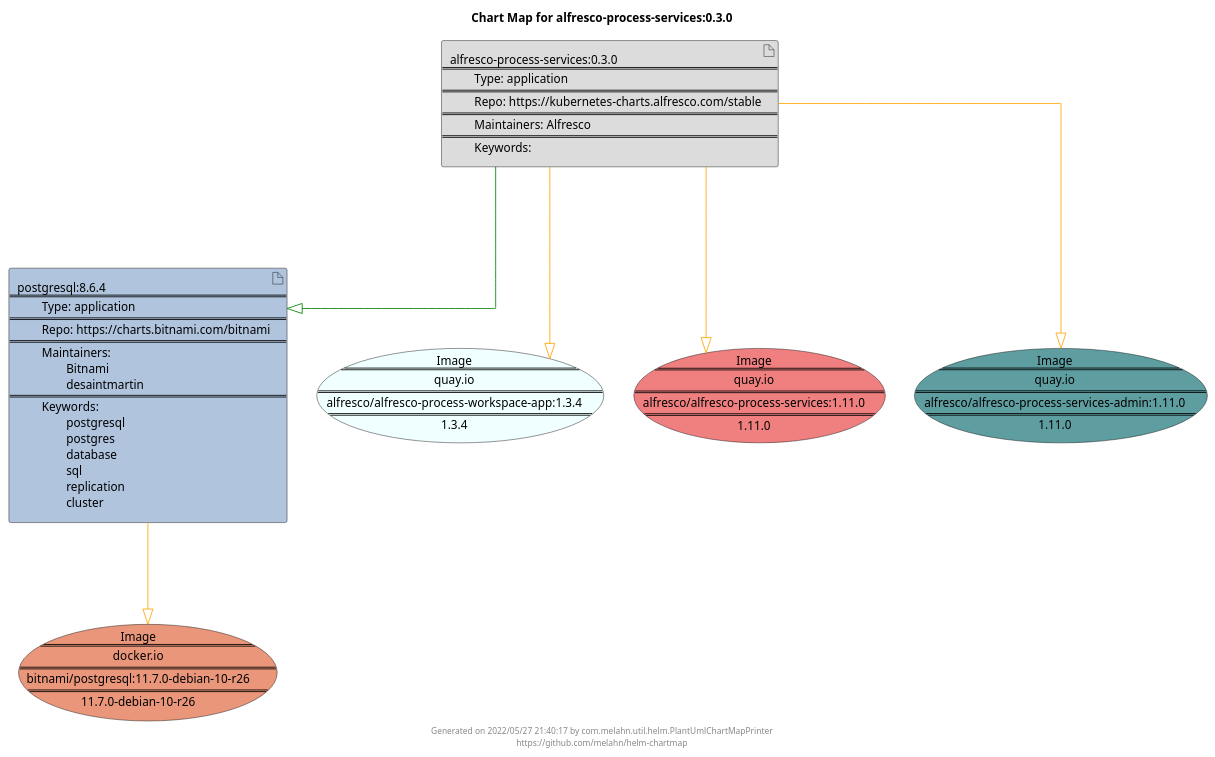
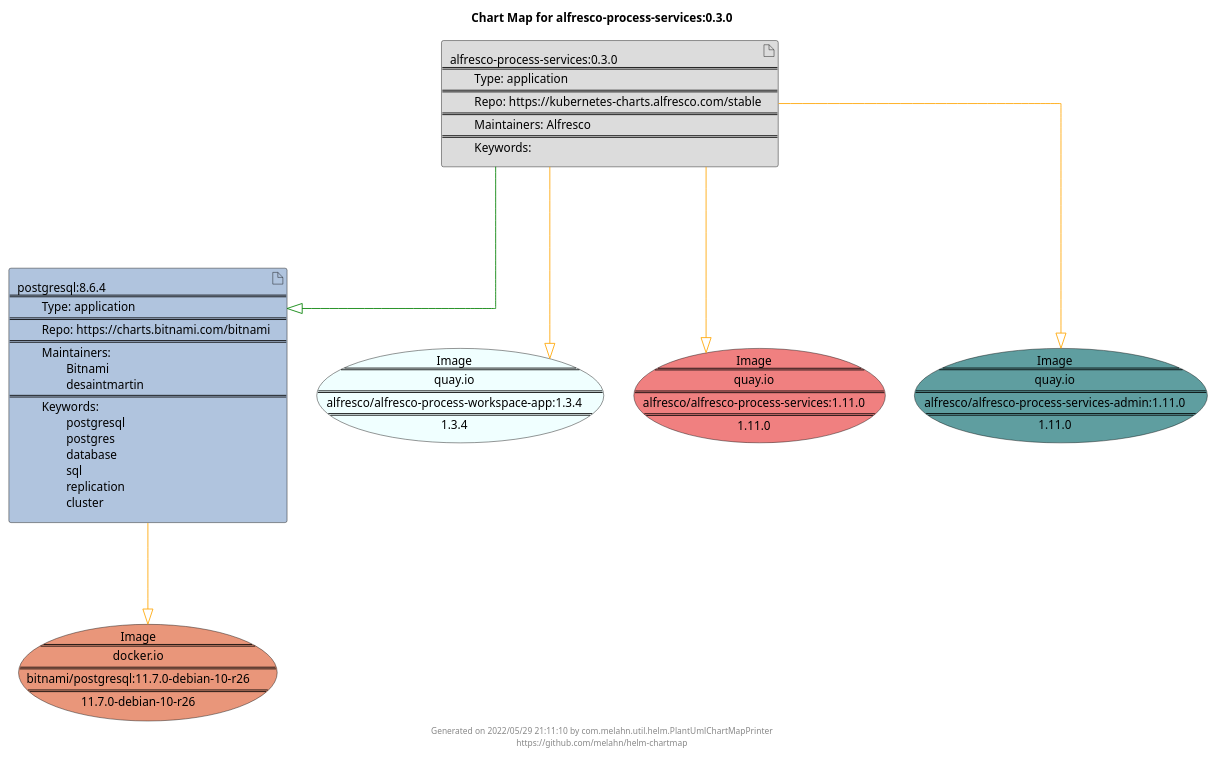
The diagram in docs/alfresco-process-services/alfresco-process-services-0.3.0.puml (melahn/helm-chartmap), drawn with PlantUML before and after one commit. The commit also changed 63 other files, not shown here.

Commit message:
Update Example Chart Maps as part of GitHub build

```diff
--- a/docs/alfresco-process-services/alfresco-process-services-0.3.0.puml
+++ b/docs/alfresco-process-services/alfresco-process-services-0.3.0.puml
@@ -1,29 +1,29 @@
 @startuml
 skinparam linetype ortho
 skinparam backgroundColor white
 skinparam usecaseBorderColor black
 skinparam usecaseArrowColor LightSlateGray
 skinparam artifactBorderColor black
 skinparam artifactArrowColor LightSlateGray
 
 title Chart Map for alfresco-process-services:0.3.0
 
 'There are 2 referenced Helm Charts
 artifact "alfresco-process-services:0.3.0\n====\n\tType: application\n====\n\tRepo: https://kubernetes-charts.alfresco.com/stable\n====\n\tMaintainers: Alfresco\n====\n\tKeywords: " as alfresco_process_services_0_3_0 #Gainsboro
 artifact "postgresql:8.6.4\n====\n\tType: application\n====\n\tRepo: https://charts.bitnami.com/bitnami\n====\n\tMaintainers: \n\t\tBitnami\n\t\tdesaintmartin\n====\n\tKeywords: \n\t\tpostgresql\n\t\tpostgres\n\t\tdatabase\n\t\tsql\n\t\treplication\n\t\tcluster" as postgresql_8_6_4 #LightSteelBlue
 
 'There are 4 referenced Docker Images
 usecase "Image\n====\nquay.io\n====\nalfresco/alfresco-process-workspace-app:1.3.4\n====\n1.3.4" as quay_io_alfresco_alfresco_process_workspace_app_1_3_4 #Azure
 usecase "Image\n====\nquay.io\n====\nalfresco/alfresco-process-services:1.11.0\n====\n1.11.0" as quay_io_alfresco_alfresco_process_services_1_11_0 #LightCoral
 usecase "Image\n====\nquay.io\n====\nalfresco/alfresco-process-services-admin:1.11.0\n====\n1.11.0" as quay_io_alfresco_alfresco_process_services_admin_1_11_0 #CadetBlue
 usecase "Image\n====\ndocker.io\n====\nbitnami/postgresql:11.7.0-debian-10-r26\n====\n11.7.0-debian-10-r26" as docker_io_bitnami_postgresql_11_7_0_debian_10_r26 #DarkSalmon
 
 'Chart Dependencies
 alfresco_process_services_0_3_0--[#green]-|>postgresql_8_6_4
 alfresco_process_services_0_3_0--[#orange]-|>quay_io_alfresco_alfresco_process_services_admin_1_11_0
 alfresco_process_services_0_3_0--[#orange]-|>quay_io_alfresco_alfresco_process_workspace_app_1_3_4
 alfresco_process_services_0_3_0--[#orange]-|>quay_io_alfresco_alfresco_process_services_1_11_0
 postgresql_8_6_4--[#orange]-|>docker_io_bitnami_postgresql_11_7_0_debian_10_r26
 
-center footer Generated on 2022/05/27 21:40:17 by com.melahn.util.helm.PlantUmlChartMapPrinter\nhttps://github.com/melahn/helm-chartmap
+center footer Generated on 2022/05/29 21:11:10 by com.melahn.util.helm.PlantUmlChartMapPrinter\nhttps://github.com/melahn/helm-chartmap
 @enduml
```
